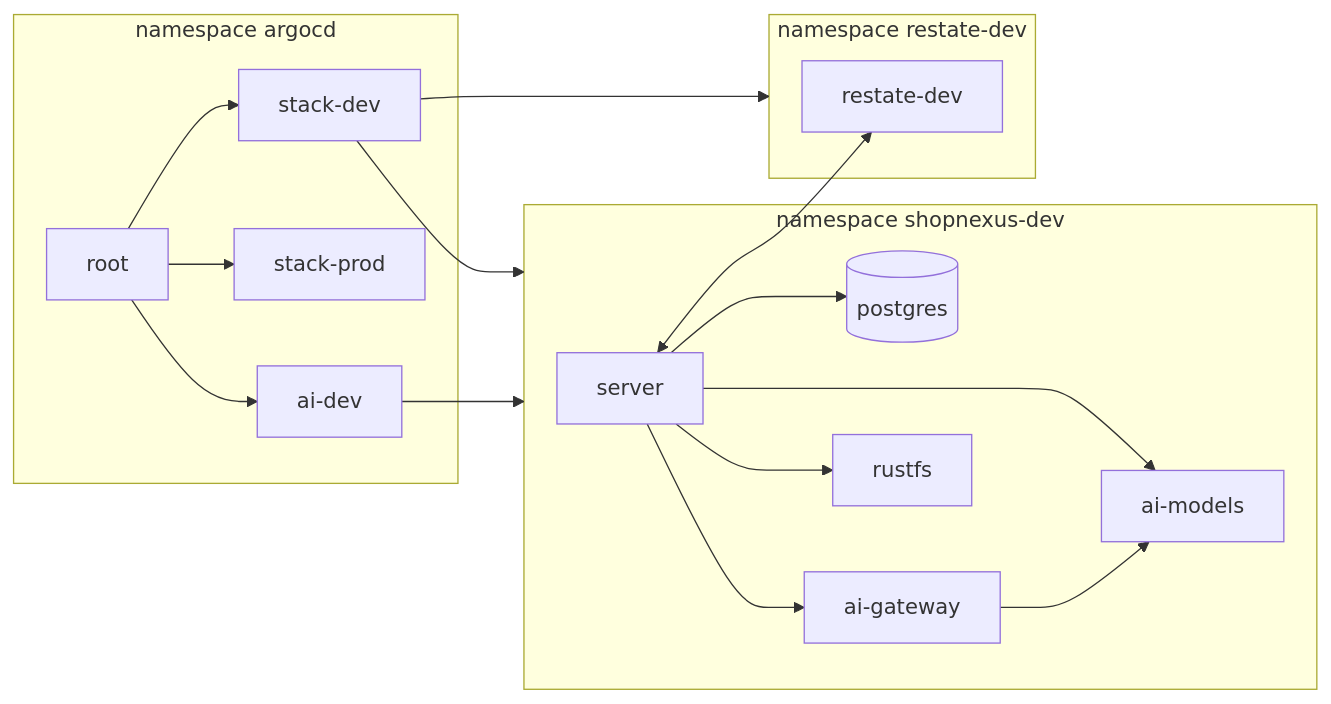
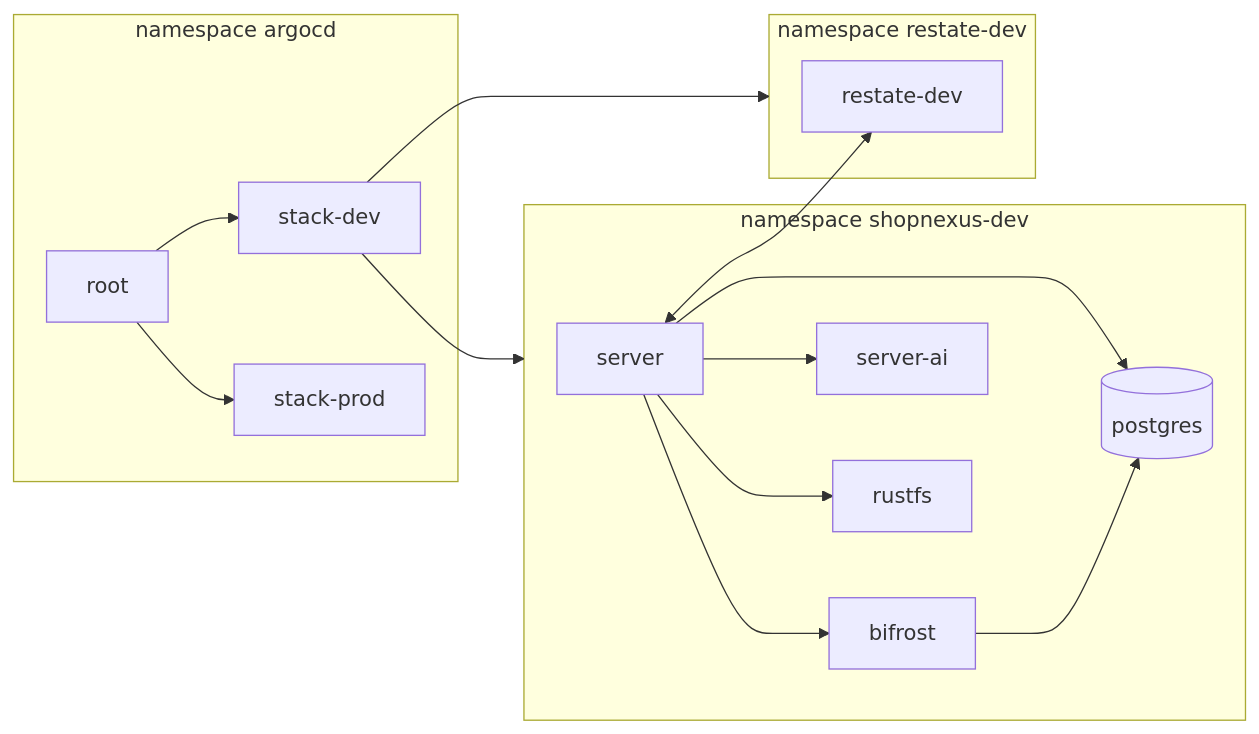
One commit to shopnexus/docs changed the diagram in web/src/content/docs/en/operations/cluster/runbook.mdx. Above: the diagram before and after it, drawn with Mermaid. The commit also changed other lines of this file and 1 other file, not shown here.

Commit message:
web: runbook steps for the first Bifrost sync and its encryption key

````diff
--- a/web/src/content/docs/en/operations/cluster/runbook.mdx
+++ b/web/src/content/docs/en/operations/cluster/runbook.mdx
@@ -26,22 +26,20 @@
 ```mermaid title="Where each component runs"
 flowchart LR
   subgraph argocd["namespace argocd"]
     root["root"] --> sd["stack-dev"]
     root --> sp["stack-prod"]
-    root --> ad["ai-dev"]
   end
   subgraph dev["namespace shopnexus-dev"]
     server["server"] --> pg[("postgres")]
-    server --> gw["ai-gateway"]
-    server --> models["ai-models"]
-    gw --> models
+    server --> gw["bifrost"]
+    gw --> pg
+    server --> ai["server-ai"]
     server --> rustfs["rustfs"]
   end
   subgraph rdev["namespace restate-dev"]
     restate["restate-dev"]
   end
   sd --> dev
   sd --> rdev
-  ad --> dev
   server <--> restate
 ```
````
